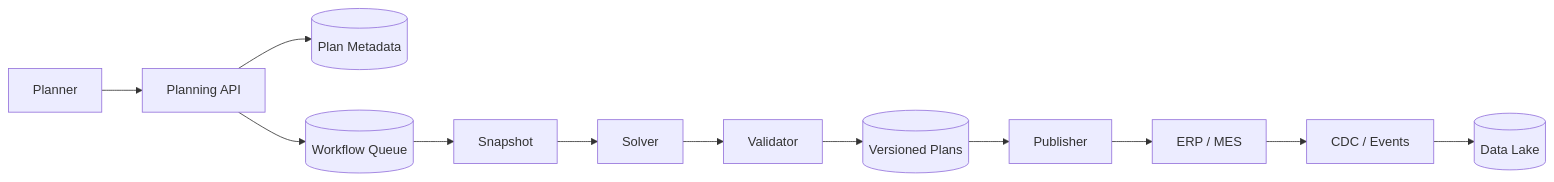
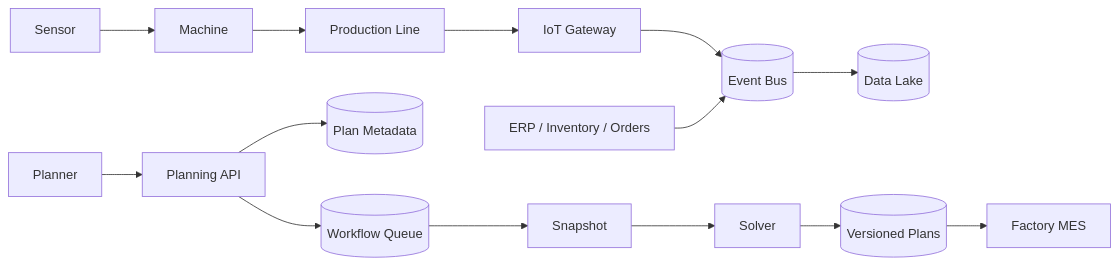
The first of 6 diagrams in python/vinsmart-future-senior-python-interview/11-system-design/design-production-planning.md (HuyNguyen-FinX/Try_Hard), drawn with Mermaid before and after one commit. The commit also changed other lines of this file and 200 other files, not shown here.

````diff
--- a/python/vinsmart-future-senior-python-interview/11-system-design/design-production-planning.md
+++ b/python/vinsmart-future-senior-python-interview/11-system-design/design-production-planning.md
@@ -47,9 +47,9 @@
 ```mermaid
 flowchart LR
-    Planner --> PlanningAPI["Planning API"] --> PG[(Plan Metadata)]
-ERP["ERP / MES"] --> CDC["CDC / Events"] --> Lake[(Data Lake)]
-PlanningAPI --> Workflow[(Workflow Queue)]
-Workflow --> Snapshot --> Solver
-Solver --> Validator --> PlanStore[(Versioned Plans)]
-PlanStore --> Publisher --> ERP
+Sensor --> Machine --> Line["Production Line"] --> IoT["IoT Gateway"]
+IoT --> Bus[(Event Bus)] --> Lake[(Data Lake)]
+ERP["ERP / Inventory / Orders"] --> Bus
+Planner --> PlanningAPI["Planning API"] --> PG[(Plan Metadata)]
+PlanningAPI --> Workflow[(Workflow Queue)] --> Snapshot --> Solver
+Solver --> PlanStore[(Versioned Plans)] --> MES["Factory MES"]
 ```
````
